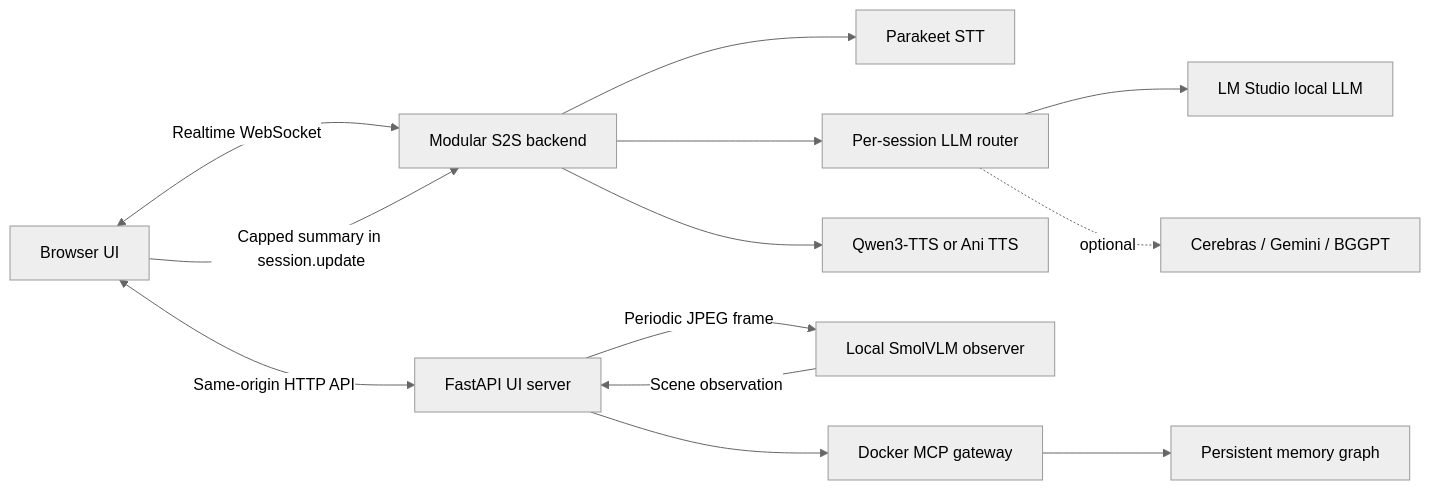
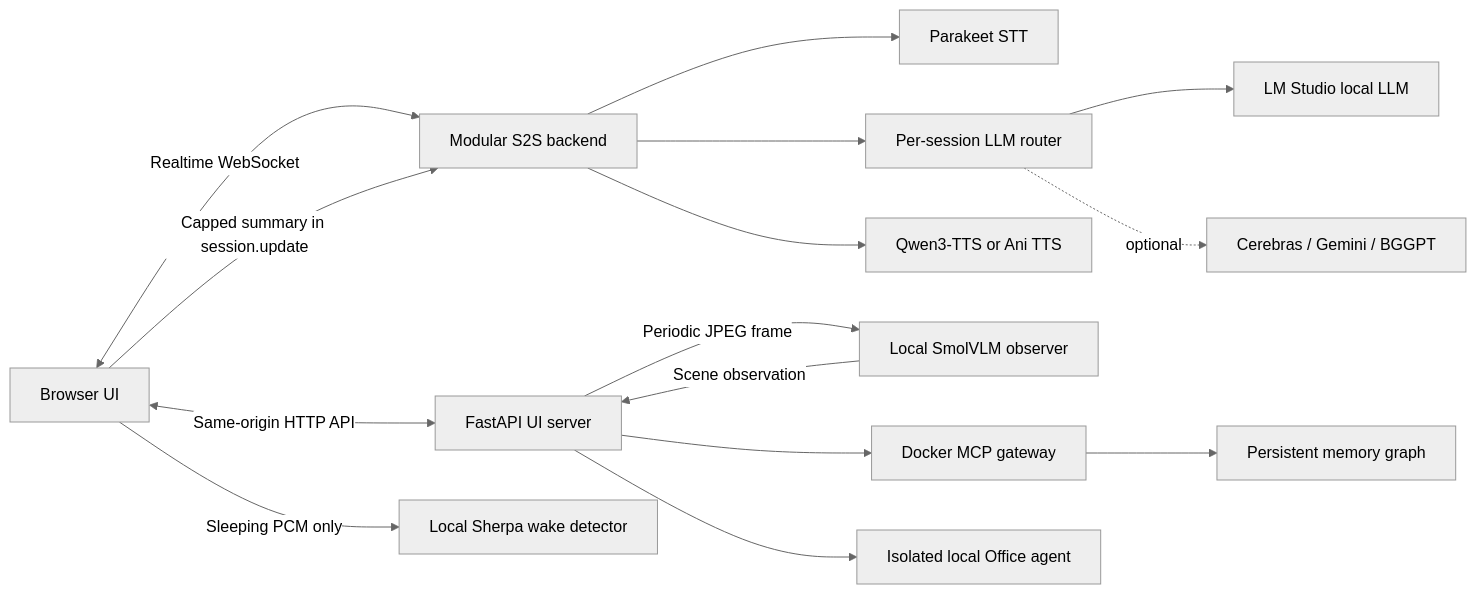
Before and after one commit to desy0305/speech-to-speech: the diagram in README.md, drawn with Mermaid (neutral theme). The commit also changed other lines of this file and 4 other files, not shown here.

````diff
--- a/README.md
+++ b/README.md
@@ -51,15 +54,17 @@
 ```mermaid
 flowchart LR
     Browser["Browser UI"] <-->|"Realtime WebSocket"| Speech["Modular S2S backend"]
     Browser <-->|"Same-origin HTTP API"| UIProxy["FastAPI UI server"]
     Speech --> STT["Parakeet STT"]
     Speech --> Router["Per-session LLM router"]
     Router --> LMStudio["LM Studio local LLM"]
     Router -. optional .-> Providers["Cerebras / Gemini / BGGPT"]
     Speech --> TTS["Qwen3-TTS or Ani TTS"]
     UIProxy -->|"Periodic JPEG frame"| Vision["Local SmolVLM observer"]
     Vision -->|"Scene observation"| UIProxy
     Browser -->|"Capped summary in session.update"| Speech
+    Browser -->|"Sleeping PCM only"| Wake["Local Sherpa wake detector"]
     UIProxy --> Gateway["Docker MCP gateway"]
     Gateway --> Memory["Persistent memory graph"]
+    UIProxy --> Office["Isolated local Office agent"]
 ```
````
